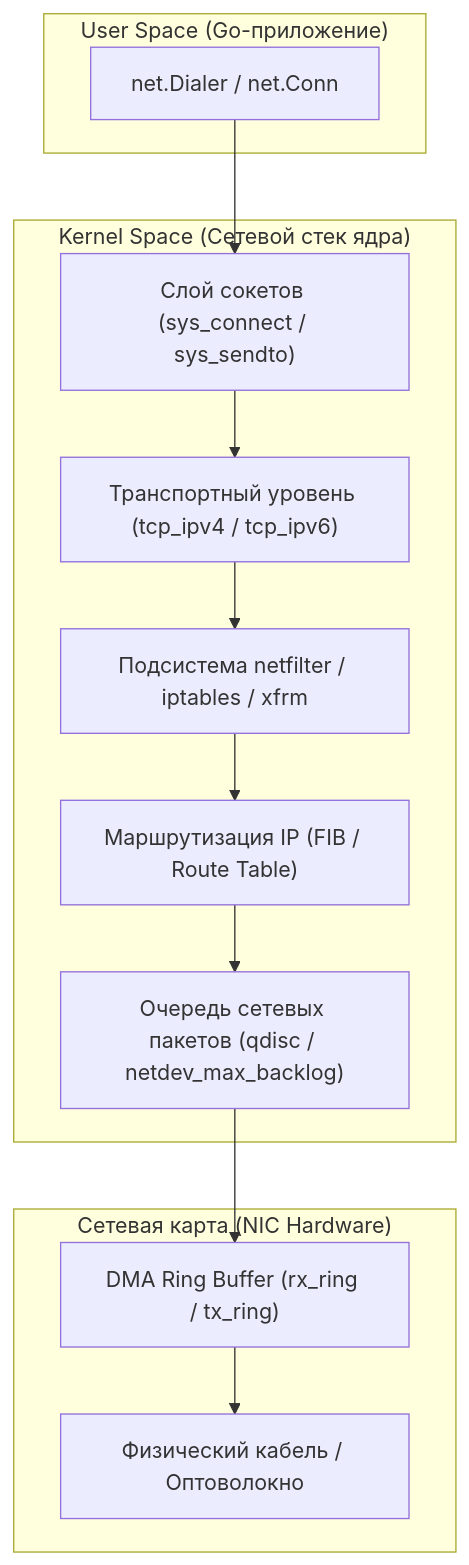
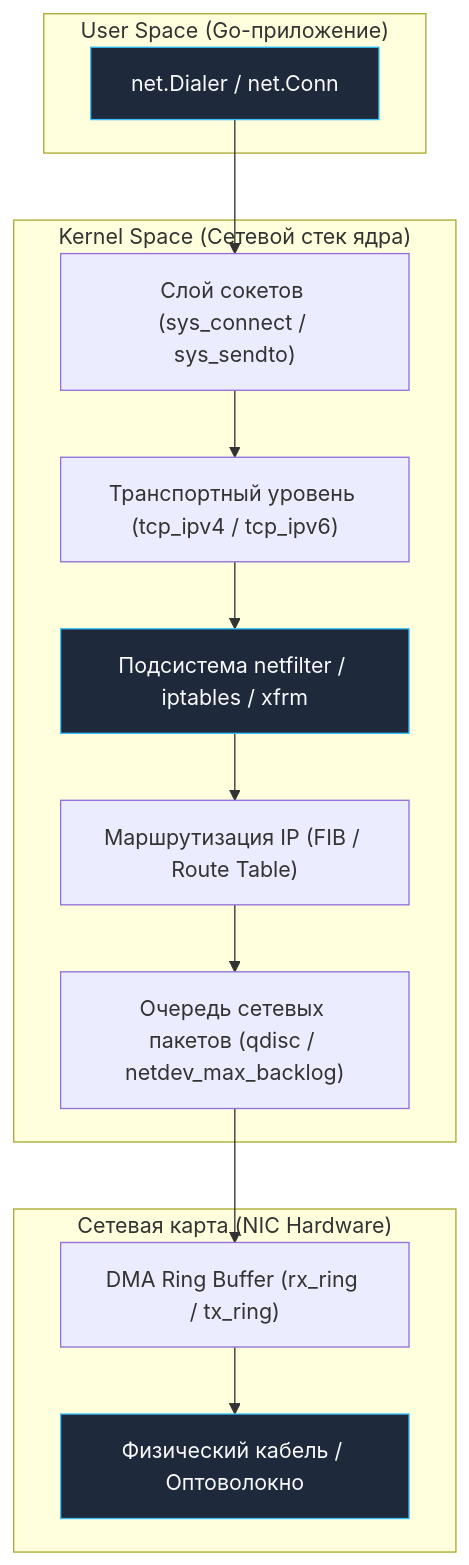
The first of 5 diagrams in sources/3. Компьютерные сети и сетевой стек/4. IP. IPv4, IPv6 и устройство сетевого пакета.md (UnrealTemplier/go-textbook), drawn with Mermaid before and after one commit. The commit also changed other lines of this file and 1666 other files, not shown here.

First line of the commit message:
feat(mermaid): add semantic color classDef to 1369 colorless flowchart/graph diagrams

````diff
--- a/sources/3. Компьютерные сети и сетевой стек/4. IP. IPv4, IPv6 и устройство сетевого пакета.md
+++ b/sources/3. Компьютерные сети и сетевой стек/4. IP. IPv4, IPv6 и устройство сетевого пакета.md
@@ -17,27 +17,37 @@
 ```mermaid
 flowchart TD
+    classDef process  fill:#1e293b,stroke:#38bdf8,stroke-width:1px,color:#f8fafc
+    classDef success  fill:#064e3b,stroke:#34d399,stroke-width:1px,color:#f8fafc
+    classDef error    fill:#7f1d1d,stroke:#f87171,stroke-width:1px,color:#f8fafc
+    classDef warning  fill:#78350f,stroke:#fbbf24,stroke-width:1px,color:#f8fafc
+    classDef entry    fill:#1e3a5f,stroke:#38bdf8,stroke-width:2px,color:#f8fafc
+    classDef aux      fill:#334155,stroke:#64748b,stroke-width:1px,color:#f8fafc
+    classDef system   fill:#312e81,stroke:#a78bfa,stroke-width:1px,color:#f8fafc
+    classDef data     fill:#132d29,stroke:#2dd4bf,stroke-width:1px,color:#f8fafc
+    classDef network  fill:#881337,stroke:#fb7185,stroke-width:1px,color:#f8fafc
+    classDef accent   fill:#1e1b4b,stroke:#818cf8,stroke-width:1px,color:#f8fafc
     subgraph AppGo ["User Space (Go-приложение)"]
-        Dialer["net.Dialer / net.Conn"]
+        Dialer["net.Dialer / net.Conn"]:::process
     end
 
     subgraph LinuxKernel ["Kernel Space (Сетевой стек ядра)"]
         SocketCore["Слой сокетов (sys_connect / sys_sendto)"]
         TCP_Module["Транспортный уровень (tcp_ipv4 / tcp_ipv6)"]
-        NetfilterCore["Подсистема netfilter / iptables / xfrm"]
+        NetfilterCore["Подсистема netfilter / iptables / xfrm"]:::process
         IP_Routing["Маршрутизация IP (FIB / Route Table)"]
         DevQueue["Очередь сетевых пакетов (qdisc / netdev_max_backlog)"]
     end
 
     subgraph HardwareNIC ["Сетевая карта (NIC Hardware)"]
         DMA_Ring["DMA Ring Buffer (rx_ring / tx_ring)"]
-        Wire["Физический кабель / Оптоволокно"]
+        Wire["Физический кабель / Оптоволокно"]:::process
     end
 
     Dialer --> SocketCore
     SocketCore --> TCP_Module
     TCP_Module --> NetfilterCore
     NetfilterCore --> IP_Routing
     IP_Routing --> DevQueue
     DevQueue --> DMA_Ring
     DMA_Ring --> Wire
 ```
````
